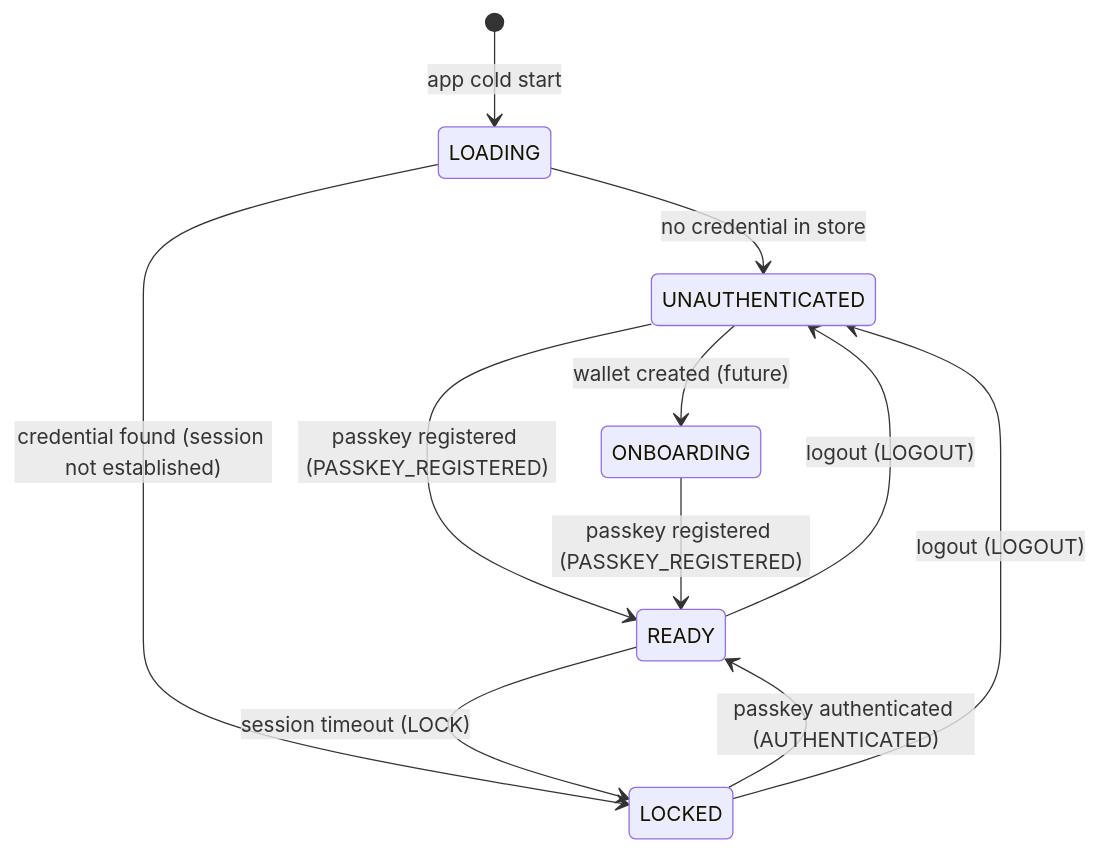
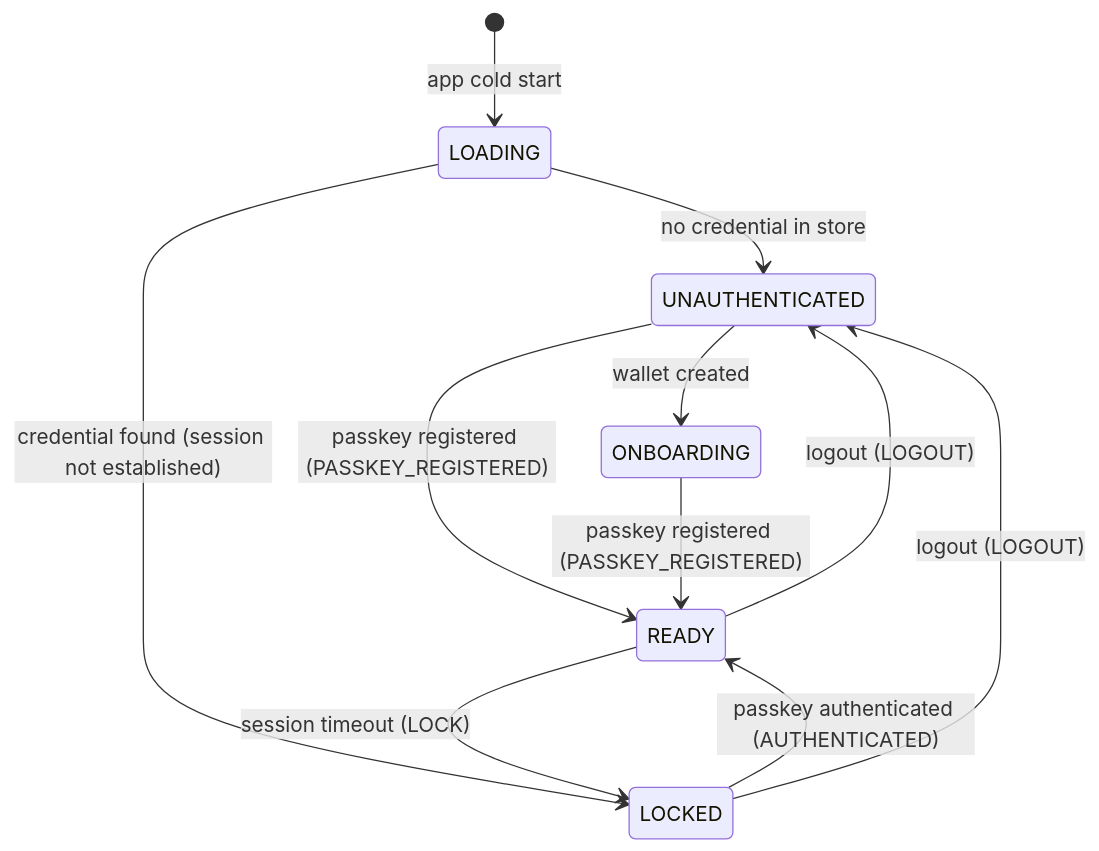
The first of 3 diagrams in docs/auth-flow.md (aswadi/vela-payments), drawn with Mermaid before and after one commit. The commit also changed other lines of this file and 58 other files, not shown here.

Commit message:
feat: implement Stellar payment flows and remove obfuscated payload

````diff
--- a/docs/auth-flow.md
+++ b/docs/auth-flow.md
@@ -36,18 +36,18 @@
 ```mermaid
 stateDiagram-v2
     [*] --> LOADING : app cold start
 
     LOADING --> UNAUTHENTICATED : no credential in store
     LOADING --> LOCKED : credential found (session not established)
 
-    UNAUTHENTICATED --> ONBOARDING : wallet created (future)
+    UNAUTHENTICATED --> ONBOARDING : wallet created
     UNAUTHENTICATED --> READY : passkey registered (PASSKEY_REGISTERED)
 
     ONBOARDING --> READY : passkey registered (PASSKEY_REGISTERED)
 
     LOCKED --> READY : passkey authenticated (AUTHENTICATED)
     LOCKED --> UNAUTHENTICATED : logout (LOGOUT)
 
     READY --> LOCKED : session timeout (LOCK)
     READY --> UNAUTHENTICATED : logout (LOGOUT)
 ```
````
